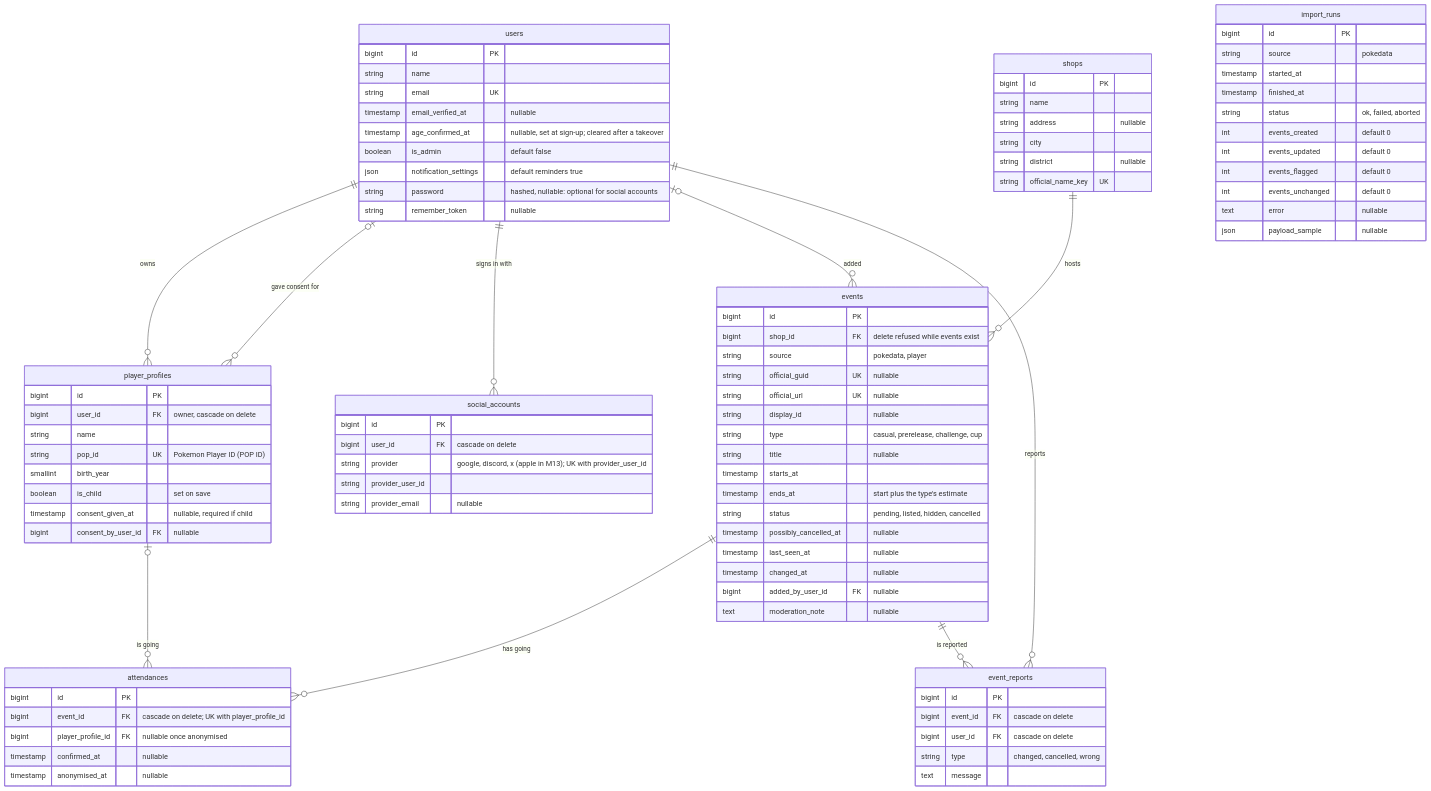
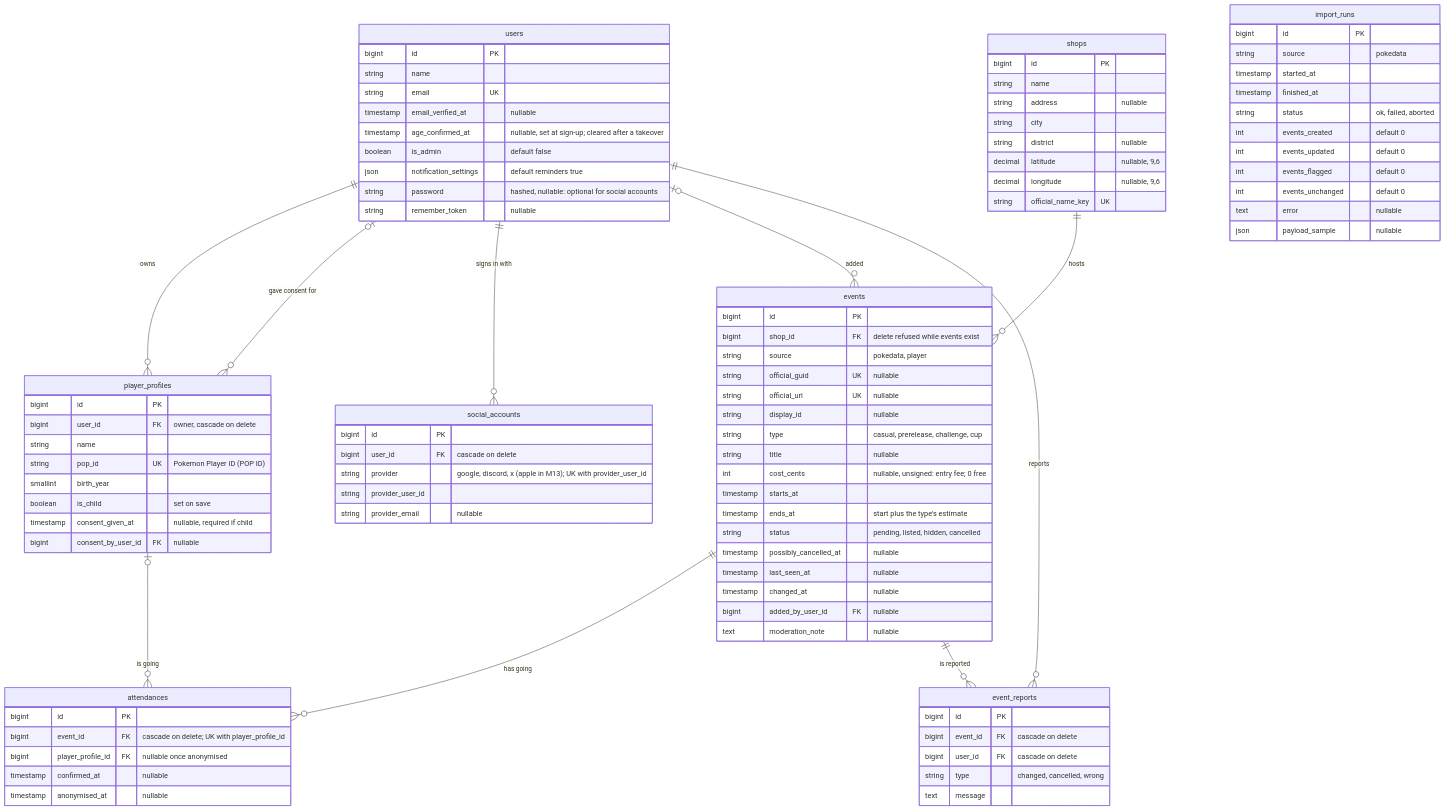
The diagram in docs/architecture.md (bcarvalheiro/TournamentPreFlight), drawn with Mermaid before and after one commit. The commit also changed other lines of this file and 85 other files, not shown here.

```diff
--- a/docs/architecture.md
+++ b/docs/architecture.md
@@ -106,6 +106,8 @@
         string address "nullable"
         string city
         string district "nullable"
+        decimal latitude "nullable, 9,6"
+        decimal longitude "nullable, 9,6"
         string official_name_key UK
     }
     events {
@@ -117,6 +119,7 @@
         string display_id "nullable"
         string type "casual, prerelease, challenge, cup"
         string title "nullable"
+        int cost_cents "nullable, unsigned: entry fee; 0 free"
         timestamp starts_at
         timestamp ends_at "start plus the type's estimate"
         string status "pending, listed, hidden, cancelled"
```
